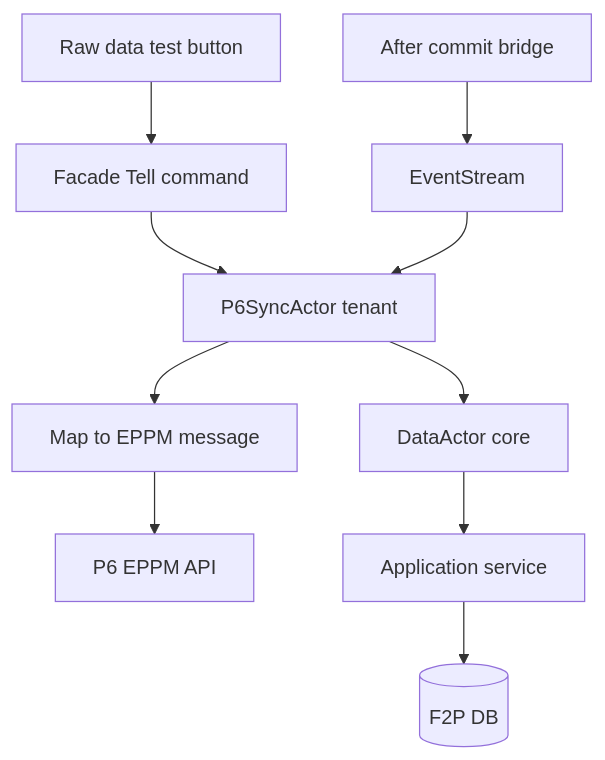
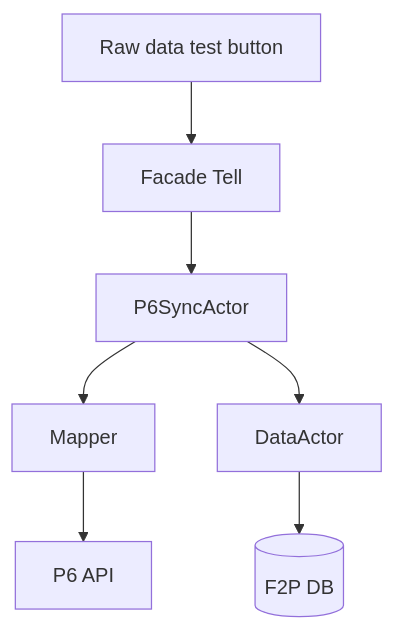
One commit to robbertF2P/Sandbox changed the fourth of 5 diagrams in docs/floor2plan-akka-actor-integration-design.md. Above: the diagram before and after it, drawn with Mermaid. The commit also changed other lines of this file, not shown here.

````diff
--- a/docs/floor2plan-akka-actor-integration-design.md
+++ b/docs/floor2plan-akka-actor-integration-design.md
@@ -159,12 +140,9 @@
 ```mermaid
 flowchart TB
-  BTN["Raw data test button"] --> FACADE["Facade Tell command"]
-  FACADE --> P6["P6SyncActor tenant"]
-  COMMIT["After commit bridge"] --> BUS["EventStream"]
-  BUS --> P6
-  P6 --> MAP["Map to EPPM message"]
-  MAP --> P6API["P6 EPPM API"]
-  P6 --> DATA["DataActor core"]
-  DATA --> SVC["Application service"]
-  SVC --> DB[("F2P DB")]
+  BTN["Raw data test button"] --> FACADE["Facade Tell"]
+  FACADE --> P6["P6SyncActor"]
+  P6 --> MAP["Mapper"]
+  MAP --> P6API["P6 API"]
+  P6 --> DATA["DataActor"]
+  DATA --> DB[("F2P DB")]
 ```
````
